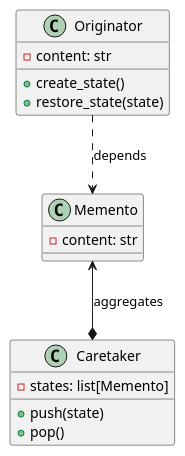
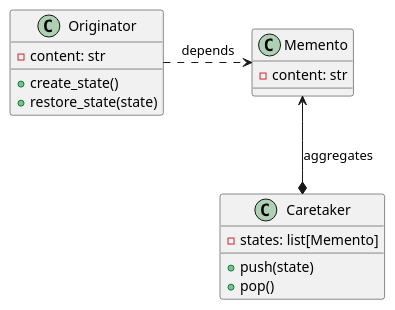
The diagram in design-patterns/behavioral/uml/designpatterns-memento-pattern.md (mateuszdorobek/python3.info), drawn with PlantUML before and after one commit. The commit also changed 3 other files, not shown here.

````diff
--- a/design-patterns/behavioral/uml/designpatterns-memento-pattern.md
+++ b/design-patterns/behavioral/uml/designpatterns-memento-pattern.md
@@ -1,22 +1,22 @@
 ```plantuml
 
 class Originator {
     - content: str
     + create_state()
     + restore_state(state)
 }
 
 class Memento {
     - content: str
 }
 
 class Caretaker {
     - states: list[Memento]
     + push(state)
     + pop()
 }
 
-Memento <--* Caretaker : aggregates
-Originator ..> Memento : depends
+Memento <-down[plain]-* Caretaker : aggregates
+Originator -right[dashed]-> Memento : depends
 
 ```
````
